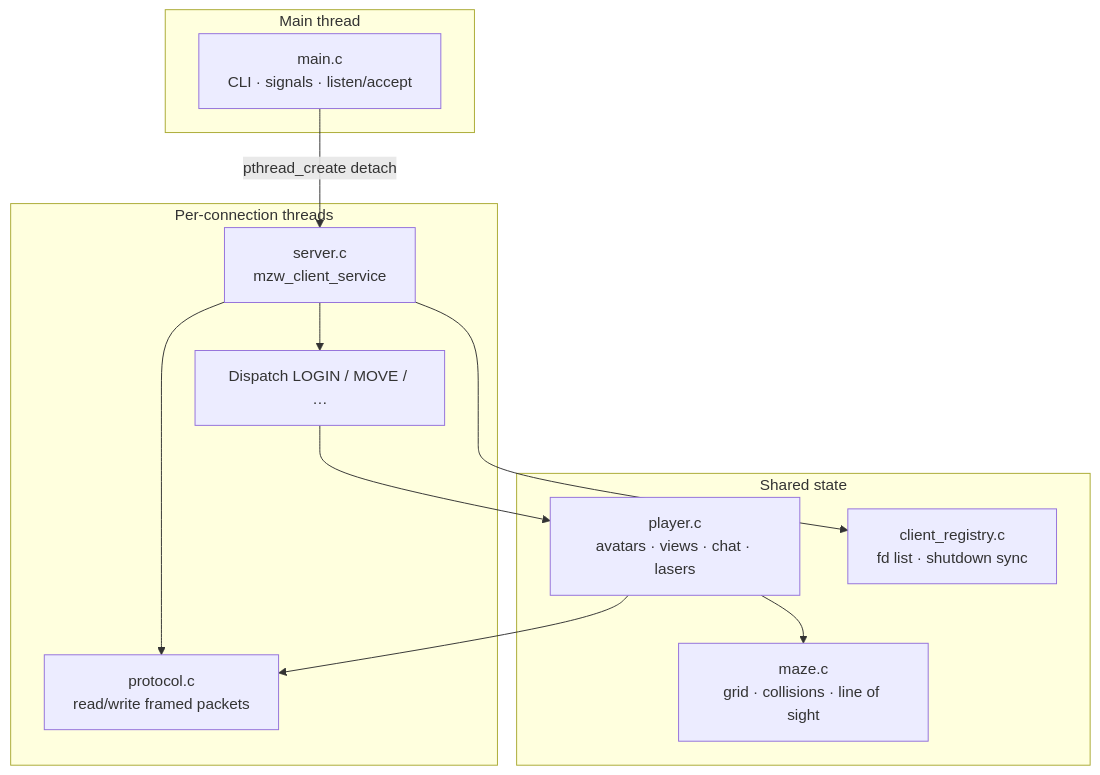
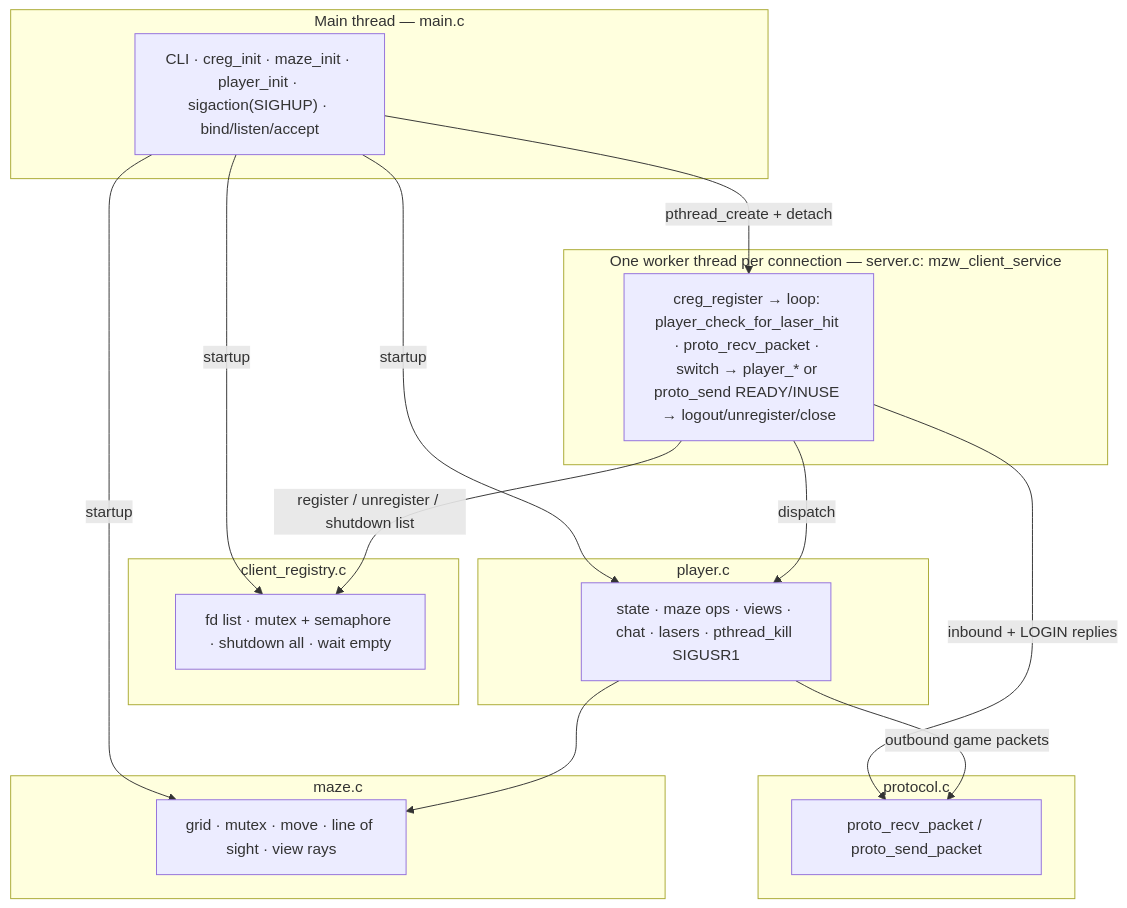
Before and after one commit to preethamdandu/mazewar-server: the diagram in README.md, drawn with Mermaid. The commit also changed other lines of this file, not shown here.

Commit message:
docs: align architecture, diagram, and module list with implementation
Made-with: Cursor

````diff
--- a/README.md
+++ b/README.md
@@ -22,24 +33,36 @@
 ```mermaid
 flowchart TB
-  subgraph main_thread[Main thread]
-    M["main.c\nCLI · signals · listen/accept"]
+  subgraph MT["Main thread — main.c"]
+    m["CLI · creg_init · maze_init · player_init · sigaction(SIGHUP) · bind/listen/accept"]
   end
 
-  subgraph worker[Per-connection threads]
-    S["server.c\nmzw_client_service"]
-    S --> R["protocol.c\nread/write framed packets"]
-    S --> D["Dispatch LOGIN / MOVE / …"]
+  subgraph WT["One worker thread per connection — server.c: mzw_client_service"]
+    w["creg_register → loop: player_check_for_laser_hit · proto_recv_packet · switch → player_* or proto_send READY/INUSE → logout/unregister/close"]
   end
 
-  subgraph shared[Shared state]
-    P["player.c\navatars · views · chat · lasers"]
-    Z["maze.c\ngrid · collisions · line of sight"]
-    C["client_registry.c\nfd list · shutdown sync"]
+  subgraph CR["client_registry.c"]
+    cr["fd list · mutex + semaphore · shutdown all · wait empty"]
   end
 
-  M -->|pthread_create detach| S
-  D --> P
-  P --> Z
-  S --> C
-  P --> R
+  subgraph PR["protocol.c"]
+    pr["proto_recv_packet / proto_send_packet"]
+  end
+
+  subgraph PL["player.c"]
+    pl["state · maze ops · views · chat · lasers · pthread_kill SIGUSR1"]
+  end
+
+  subgraph MZ["maze.c"]
+    mz["grid · mutex · move · line of sight · view rays"]
+  end
+
+  m -->|startup| cr
+  m -->|startup| mz
+  m -->|startup| pl
+  m -->|pthread_create + detach| w
+  w -->|register / unregister / shutdown list| cr
+  w -->|inbound + LOGIN replies| pr
+  w -->|dispatch| pl
+  pl --> mz
+  pl -->|outbound game packets| pr
 ```
````
